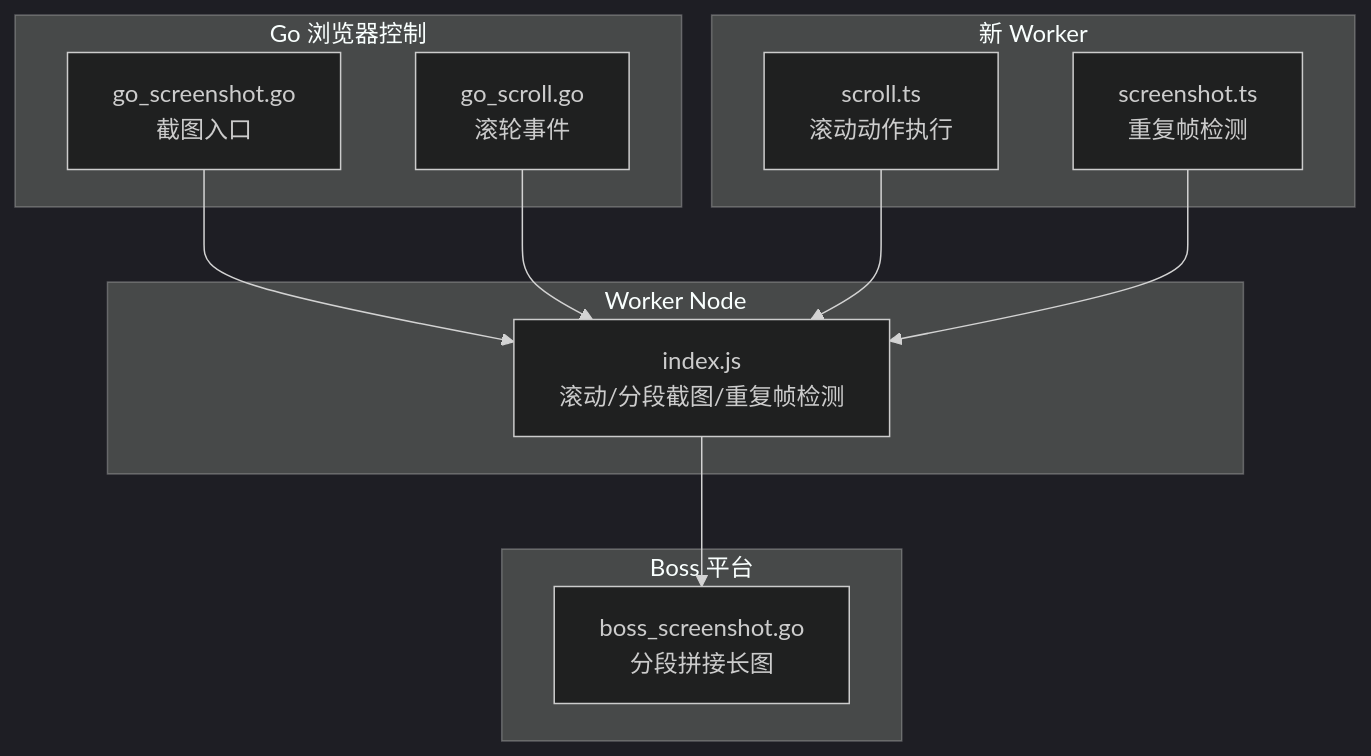
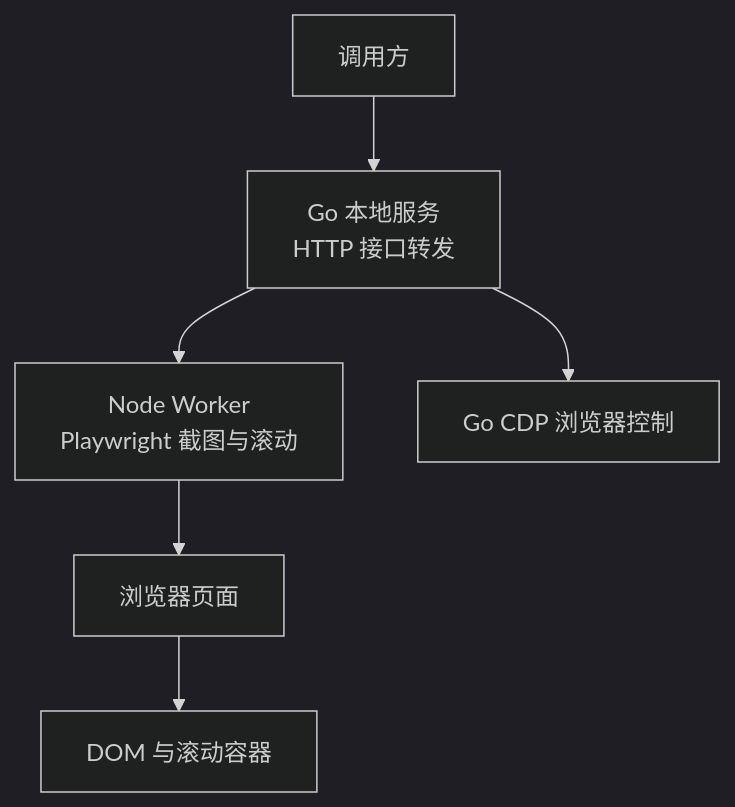
Before and after one commit to alvinwangzi/goodhr: the first of 8 diagrams in .qoder/repowiki/zh/content/本地执行器/浏览器自动化/浏览器控制器/截图与滚动控制.md, drawn with Mermaid (dark theme). The commit also changed other lines of this file and 149 other files, not shown here.

````diff
--- a/.qoder/repowiki/zh/content/本地执行器/浏览器自动化/浏览器控制器/截图与滚动控制.md
+++ b/.qoder/repowiki/zh/content/本地执行器/浏览器自动化/浏览器控制器/截图与滚动控制.md
@@ -41,22 +45,8 @@
 ```mermaid
 graph TB
-subgraph "Go 浏览器控制"
-A["go_screenshot.go<br/>截图入口"]
-B["go_scroll.go<br/>滚轮事件"]
-end
-subgraph "Worker Node"
-C["index.js<br/>滚动/分段截图/重复帧检测"]
-end
-subgraph "Boss 平台"
-D["boss_screenshot.go<br/>分段拼接长图"]
-end
-subgraph "新 Worker"
-E["scroll.ts<br/>滚动动作执行"]
-F["screenshot.ts<br/>重复帧检测"]
-end
-A --> C
-B --> C
-C --> D
-E --> C
-F --> C
+Client["调用方"] --> GoServer["Go 本地服务<br/>HTTP 接口转发"]
+GoServer --> NodeWorker["Node Worker<br/>Playwright 截图与滚动"]
+GoServer --> GoBrowser["Go CDP 浏览器控制"]
+NodeWorker --> Browser["浏览器页面"]
+Browser --> DOM["DOM 与滚动容器"]
 ```
````
